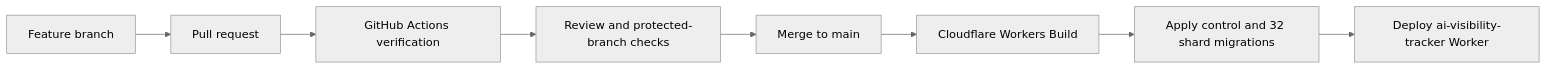
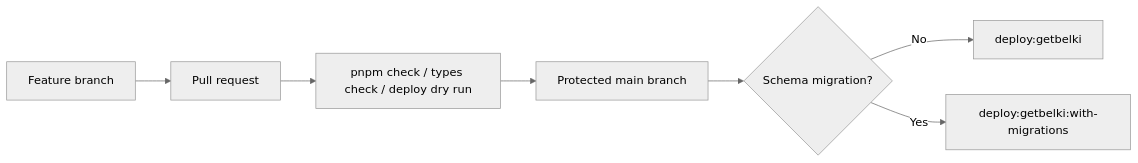
The third of 3 diagrams in README.md (GetBelki/belki), drawn with Mermaid (neutral theme) before and after one commit. The commit also changed other lines of this file, not shown here.

````diff
--- a/README.md
+++ b/README.md
@@ -220,10 +471,9 @@
 ```mermaid
 flowchart LR
   Branch[Feature branch] --> PR[Pull request]
-  PR --> CI[GitHub Actions verification]
-  CI --> Review[Review and protected-branch checks]
-  Review --> Merge[Merge to main]
-  Merge --> Build[Cloudflare Workers Build]
-  Build --> Migrate[Apply control and 32 shard migrations]
-  Migrate --> Deploy[Deploy ai-visibility-tracker Worker]
+  PR --> CI[pnpm check / types check / deploy dry run]
+  CI --> Merge[Protected main branch]
+  Merge --> Publish{Schema migration?}
+  Publish -->|No| Code[deploy:getbelki]
+  Publish -->|Yes| Migrate[deploy:getbelki:with-migrations]
 ```
````
